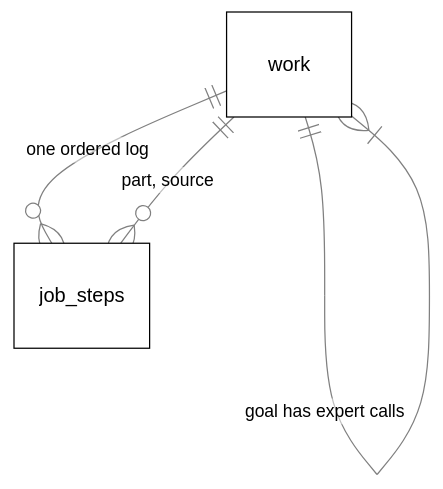
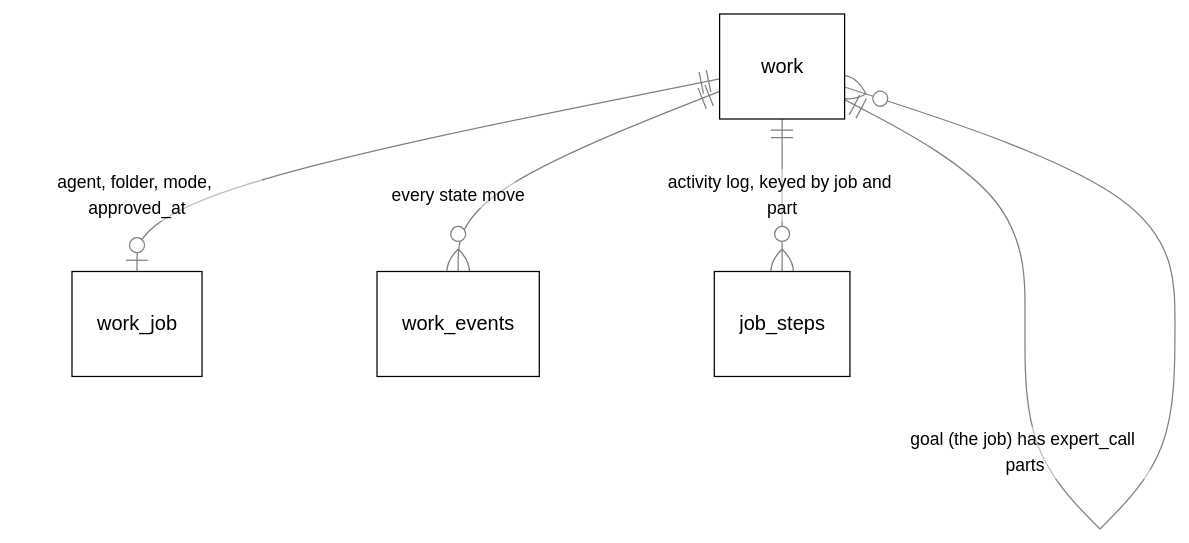
One commit to nadeem4/tagalong changed the first of 6 diagrams in docs/brain/experts.md. Above: the diagram before and after it, drawn with Mermaid. The commit also changed other lines of this file and 3 other files, not shown here.

````diff
--- a/docs/brain/experts.md
+++ b/docs/brain/experts.md
@@ -89,7 +89,8 @@
 ```mermaid
 %%{init: {"theme": "base", "themeVariables": {"primaryColor": "#ffffff", "primaryTextColor": "#000000", "primaryBorderColor": "#000000", "lineColor": "#808080", "arrowheadColor": "#808080", "secondaryColor": "#f2f2f2", "tertiaryColor": "#ffffff", "clusterBkg": "#f7f7f7", "clusterBorder": "#808080", "edgeLabelBackground": "#ffffff", "titleColor": "#808080", "actorBkg": "#ffffff", "actorBorder": "#000000", "actorTextColor": "#000000", "actorLineColor": "#808080", "signalColor": "#808080", "signalTextColor": "#808080", "sequenceNumberColor": "#ffffff", "labelBoxBkgColor": "#ffffff", "labelBoxBorderColor": "#808080", "labelTextColor": "#000000", "loopTextColor": "#808080", "noteBkgColor": "#f7f7f7", "noteBorderColor": "#808080", "noteTextColor": "#000000", "activationBkgColor": "#f7f7f7", "activationBorderColor": "#808080", "fontFamily": "Segoe UI, Helvetica, Arial, sans-serif"}, "themeCSS": ".relationshipLabelBox{opacity:1} .relationshipLabelBox rect{opacity:1}"}}%%
 erDiagram
-    work ||--|{ work : "goal has expert calls"
-    work ||--o{ job_steps : "one ordered log"
-    work ||--o{ job_steps : "part, source"
+    work ||--o{ work : "goal (the job) has expert_call parts"
+    work ||--o| work_job : "agent, folder, mode, approved_at"
+    work ||--o{ work_events : "every state move"
+    work ||--o{ job_steps : "activity log, keyed by job and part"
 ```
````
